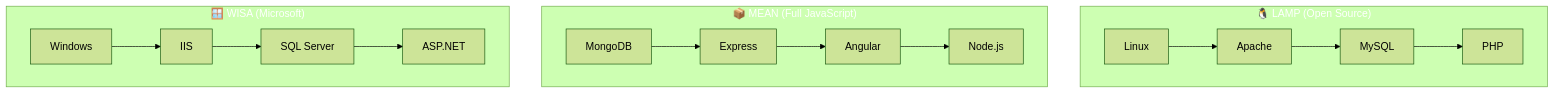
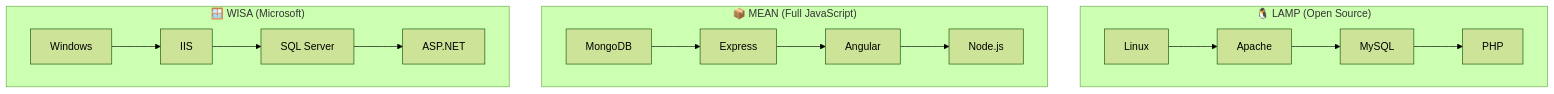
One commit to joseluisgs/DesarrolloWebEntornosServidor-01-2026-2027 changed the second of 2 diagrams in 07-lenguajes-frameworks.md. Above: the diagram before and after it, drawn with Mermaid (forest theme). The commit also changed other lines of this file and 15 other files, not shown here.

Commit message:
docs: quitar el relleno a los subgraf de los diagramas y corregir comillas y rayas sueltas

````diff
--- a/07-lenguajes-frameworks.md
+++ b/07-lenguajes-frameworks.md
@@ -77,31 +74,28 @@
 ```mermaid
 graph TD
     subgraph LAMP["🐧 LAMP (Open Source)"]
         L1["Linux"]
         L2["Apache"]
         L3["MySQL"]
         L4["PHP"]
     end
 
     subgraph MEAN["📦 MEAN (Full JavaScript)"]
         M1["MongoDB"]
         M2["Express"]
         M3["Angular"]
         M4["Node.js"]
     end
 
     subgraph WISA["🪟 WISA (Microsoft)"]
         W1["Windows"]
         W2["IIS"]
         W3["SQL Server"]
         W4["ASP.NET"]
     end
 
     L1 --> L2 --> L3 --> L4
     M1 --> M2 --> M3 --> M4
     W1 --> W2 --> W3 --> W4
 
-    style LAMP fill:#4CAF5,color:#fff0,color:#fff
-    style MEAN fill:#2196F,color:#fff3,color:#fff
-    style WISA fill:#FF980,color:#fff0,color:#fff
 ```
````
